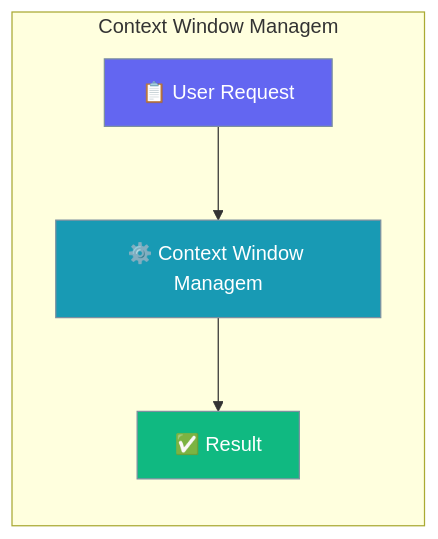
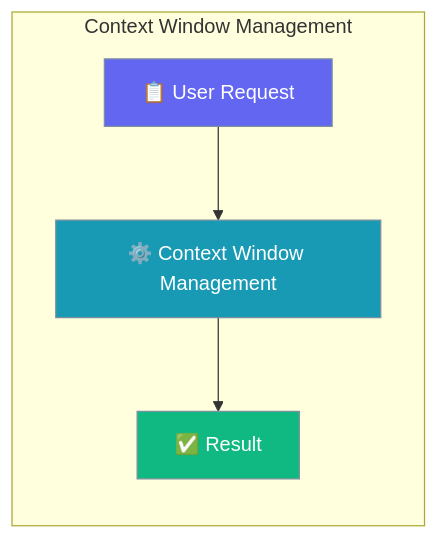
Before and after one commit to MervinPraison/PraisonAIDocs: the first of 4 diagrams in docs/features/context-window-management.mdx, drawn with Mermaid. The commit also changed other lines of this file and 45 other files, not shown here.

First line of the commit message:
docs: fix truncated Mermaid diagram feature names (22-char cutoff)

````diff
--- a/docs/features/context-window-management.mdx
+++ b/docs/features/context-window-management.mdx
@@ -8,15 +8,15 @@
 ```mermaid
 graph LR
-    subgraph "Context Window Managem"
-        Request[📋 User Request] --> Process[⚙️ Context Window Managem]
+    subgraph "Context Window Management"
+        Request[📋 User Request] --> Process[⚙️ Context Window Management]
         Process --> Result[✅ Result]
     end
 
     classDef input fill:#6366F1,stroke:#7C90A0,color:#fff
     classDef process fill:#189AB4,stroke:#7C90A0,color:#fff
     classDef output fill:#10B981,stroke:#7C90A0,color:#fff
 
     class Request input
     class Process process
     class Result output
 ```
````
